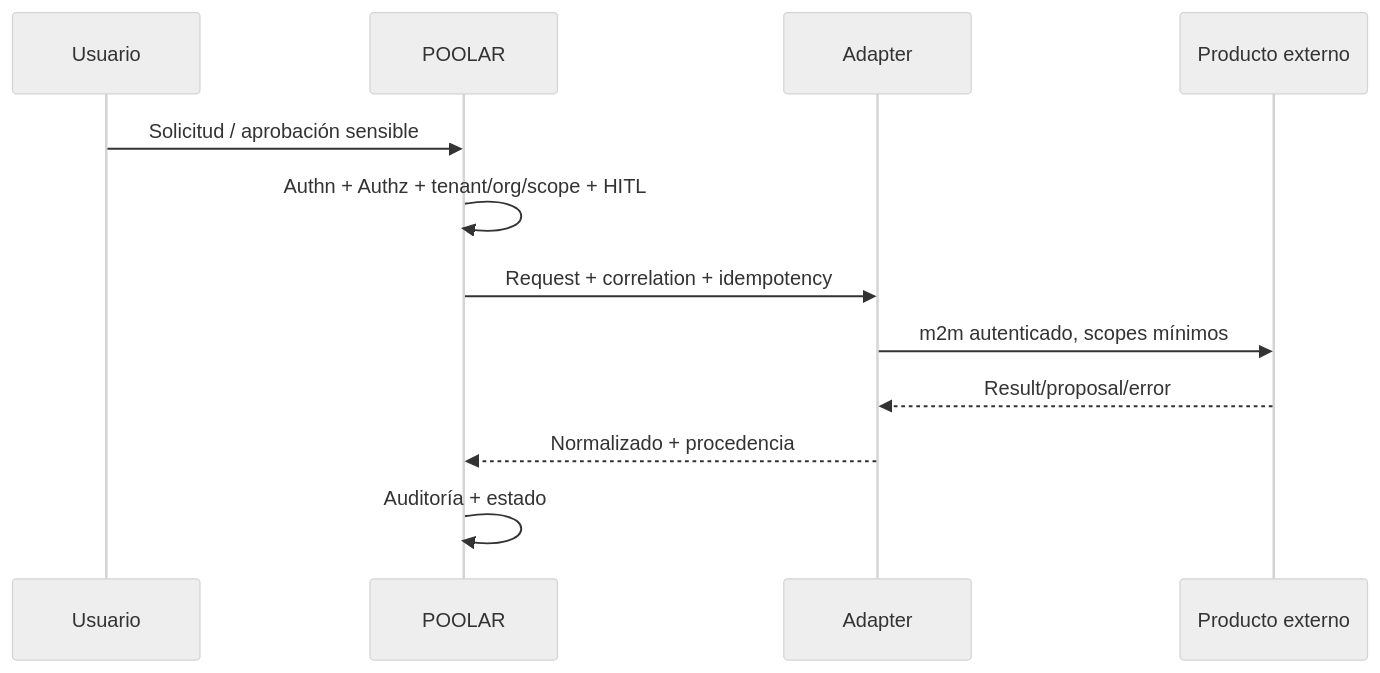
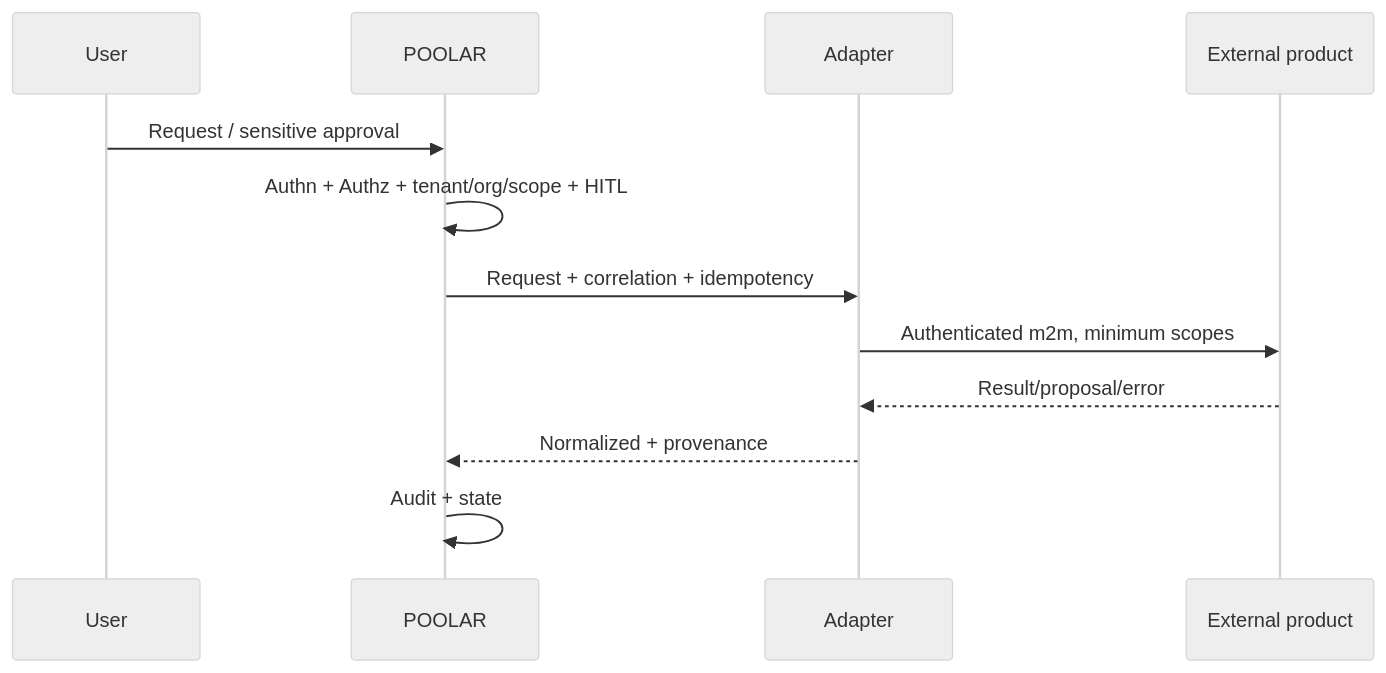
Before and after one commit to juandelaf1/POOLAR: the third of 4 diagrams in docs/POOLAR_ECOSYSTEM_ARQUITECTURA_INTEGRACION.md, drawn with Mermaid (neutral theme). The commit also changed other lines of this file, not shown here.

Commit message:
docs: translate ecosystem architecture and integration master document to English

````diff
--- a/docs/POOLAR_ECOSYSTEM_ARQUITECTURA_INTEGRACION.md
+++ b/docs/POOLAR_ECOSYSTEM_ARQUITECTURA_INTEGRACION.md
@@ -145,14 +156,14 @@
 ```mermaid
 sequenceDiagram
-  participant U as Usuario
+  participant U as User
   participant P as POOLAR
   participant A as Adapter
-  participant X as Producto externo
-  U->>P: Solicitud / aprobación sensible
+  participant X as External product
+  U->>P: Request / sensitive approval
   P->>P: Authn + Authz + tenant/org/scope + HITL
   P->>A: Request + correlation + idempotency
-  A->>X: m2m autenticado, scopes mínimos
+  A->>X: Authenticated m2m, minimum scopes
   X-->>A: Result/proposal/error
-  A-->>P: Normalizado + procedencia
-  P->>P: Auditoría + estado
+  A-->>P: Normalized + provenance
+  P->>P: Audit + state
 ```
````
